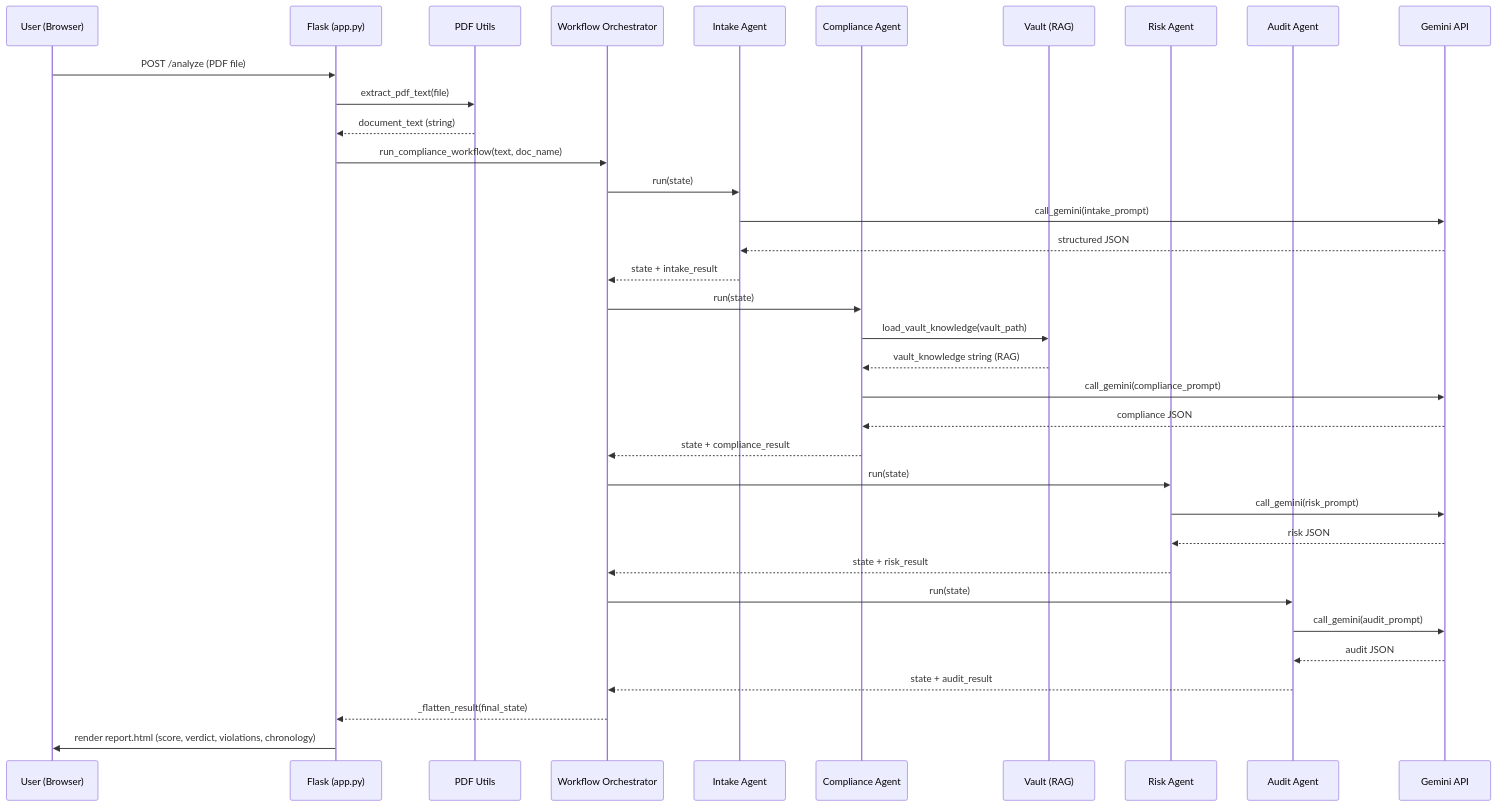
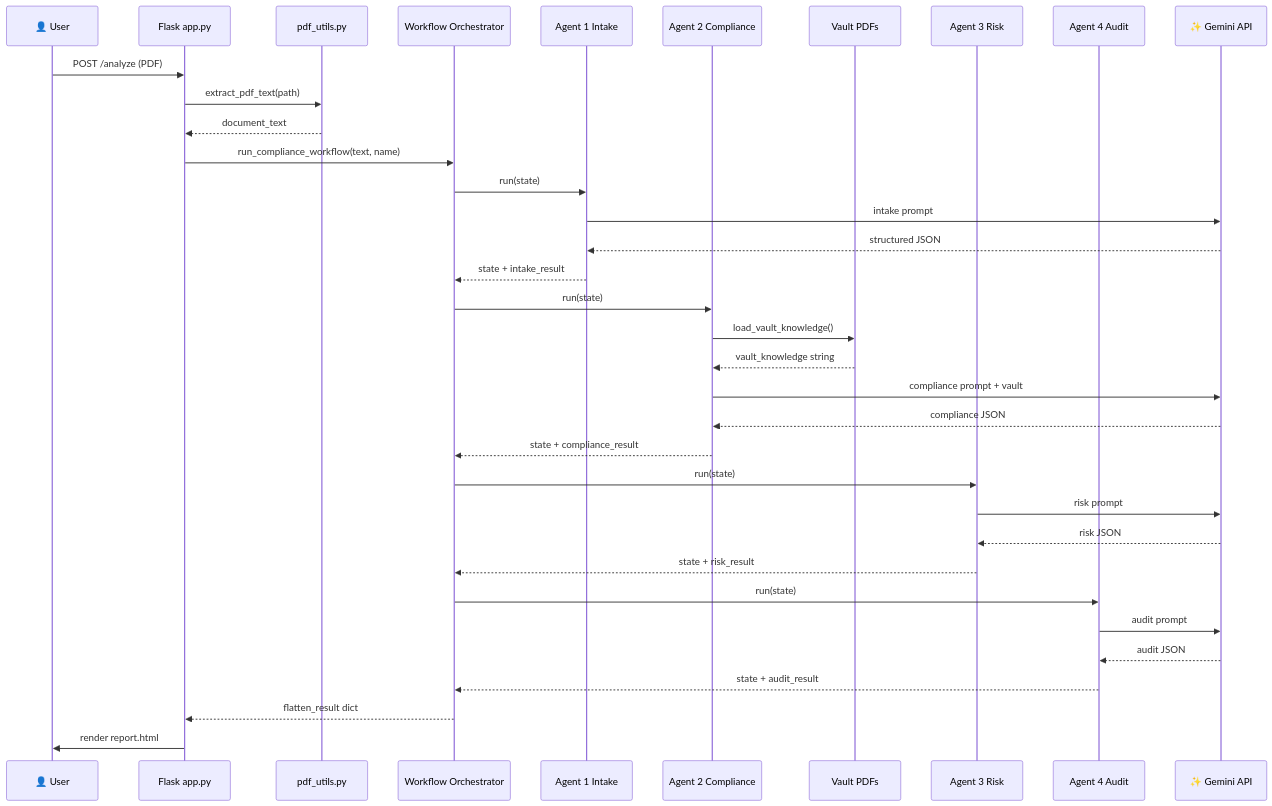
Before and after one commit to Kunalkandke/Nights_Watch_AgentCon: the eighth of 9 diagrams in README.md, drawn with Mermaid. The commit also changed other lines of this file, not shown here.

````diff
--- a/README.md
+++ b/README.md
@@ -296,43 +236,43 @@
 ```mermaid
 sequenceDiagram
-    participant U as User (Browser)
-    participant F as Flask (app.py)
-    participant P as PDF Utils
+    participant U as 👤 User
+    participant F as Flask app.py
+    participant P as pdf_utils.py
     participant W as Workflow Orchestrator
-    participant A1 as Intake Agent
-    participant A2 as Compliance Agent
-    participant V as Vault (RAG)
-    participant A3 as Risk Agent
-    participant A4 as Audit Agent
-    participant G as Gemini API
+    participant A1 as Agent 1 Intake
+    participant A2 as Agent 2 Compliance
+    participant V as Vault PDFs
+    participant A3 as Agent 3 Risk
+    participant A4 as Agent 4 Audit
+    participant G as ✨ Gemini API
 
-    U->>F: POST /analyze (PDF file)
-    F->>P: extract_pdf_text(file)
-    P-->>F: document_text (string)
-    F->>W: run_compliance_workflow(text, doc_name)
+    U->>F: POST /analyze (PDF)
+    F->>P: extract_pdf_text(path)
+    P-->>F: document_text
 
+    F->>W: run_compliance_workflow(text, name)
     W->>A1: run(state)
-    A1->>G: call_gemini(intake_prompt)
+    A1->>G: intake prompt
     G-->>A1: structured JSON
     A1-->>W: state + intake_result
 
     W->>A2: run(state)
-    A2->>V: load_vault_knowledge(vault_path)
-    V-->>A2: vault_knowledge string (RAG)
-    A2->>G: call_gemini(compliance_prompt)
+    A2->>V: load_vault_knowledge()
+    V-->>A2: vault_knowledge string
+    A2->>G: compliance prompt + vault
     G-->>A2: compliance JSON
     A2-->>W: state + compliance_result
 
     W->>A3: run(state)
-    A3->>G: call_gemini(risk_prompt)
+    A3->>G: risk prompt
     G-->>A3: risk JSON
     A3-->>W: state + risk_result
 
     W->>A4: run(state)
-    A4->>G: call_gemini(audit_prompt)
+    A4->>G: audit prompt
     G-->>A4: audit JSON
     A4-->>W: state + audit_result
 
-    W-->>F: _flatten_result(final_state)
-    F->>U: render report.html (score, verdict, violations, chronology)
+    W-->>F: flatten_result dict
+    F->>U: render report.html
 ```
````
